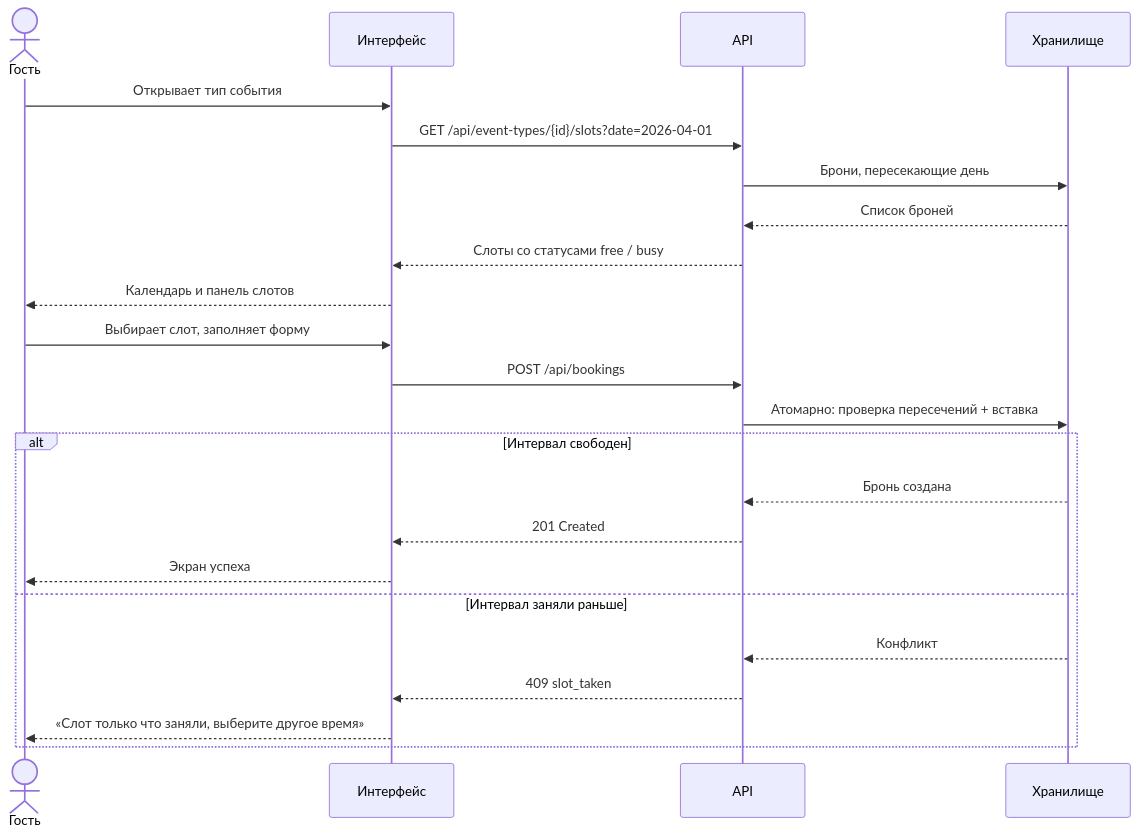
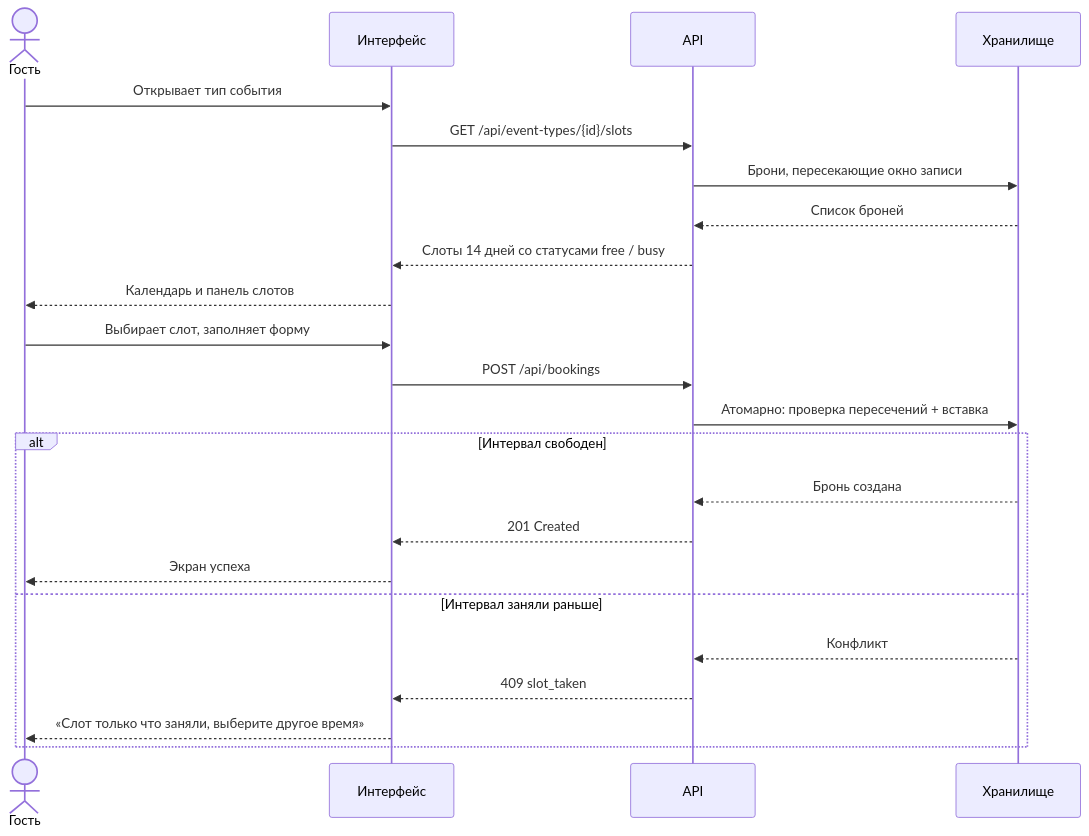
Before and after one commit to ivveta/ai-for-developers-project-386: the second of 3 diagrams in docs/SPECIFICATION.md, drawn with Mermaid. The commit also changed other lines of this file and 4 other files, not shown here.

````diff
--- a/docs/SPECIFICATION.md
+++ b/docs/SPECIFICATION.md
@@ -331,28 +331,28 @@
 ```mermaid
 sequenceDiagram
     actor G as Гость
     participant UI as Интерфейс
     participant API as API
     participant DB as Хранилище
 
     G->>UI: Открывает тип события
-    UI->>API: GET /api/event-types/{id}/slots?date=2026-04-01
-    API->>DB: Брони, пересекающие день
+    UI->>API: GET /api/event-types/{id}/slots
+    API->>DB: Брони, пересекающие окно записи
     DB-->>API: Список броней
-    API-->>UI: Слоты со статусами free / busy
+    API-->>UI: Слоты 14 дней со статусами free / busy
     UI-->>G: Календарь и панель слотов
 
     G->>UI: Выбирает слот, заполняет форму
     UI->>API: POST /api/bookings
     API->>DB: Атомарно: проверка пересечений + вставка
 
     alt Интервал свободен
         DB-->>API: Бронь создана
         API-->>UI: 201 Created
         UI-->>G: Экран успеха
     else Интервал заняли раньше
         DB-->>API: Конфликт
         API-->>UI: 409 slot_taken
         UI-->>G: «Слот только что заняли, выберите другое время»
     end
 ```
````
